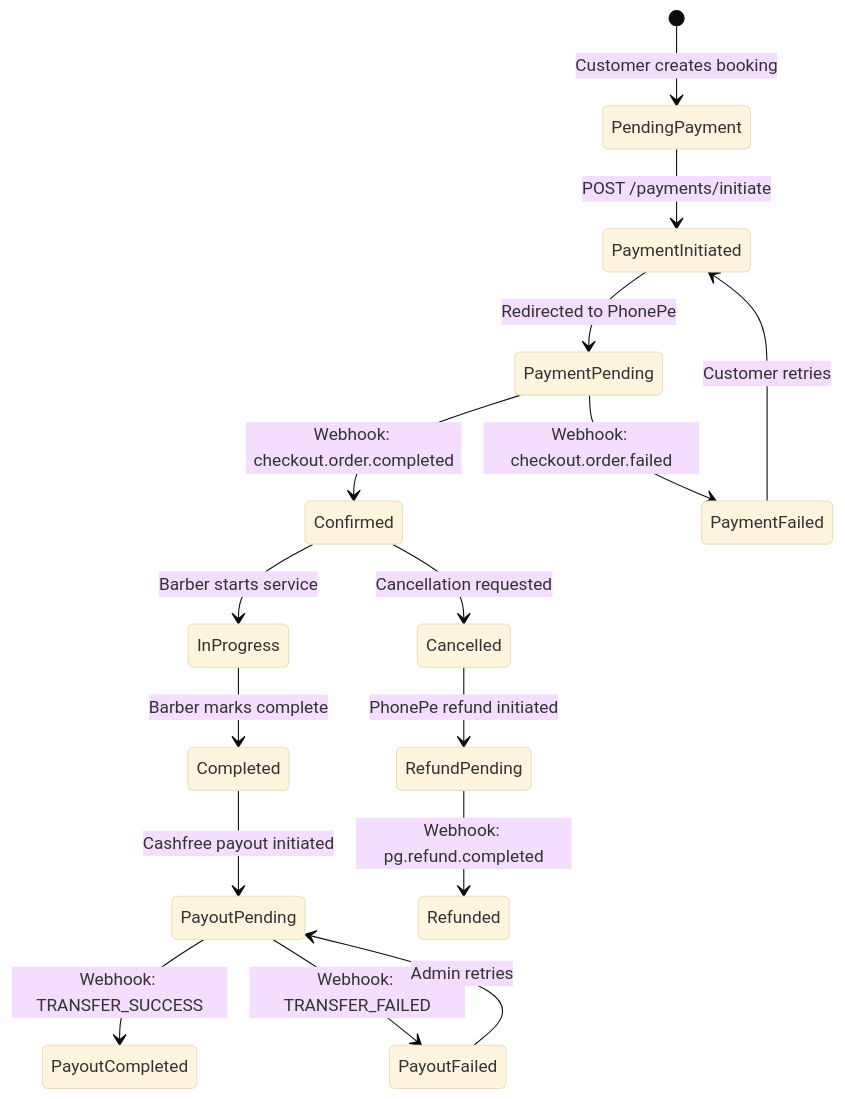
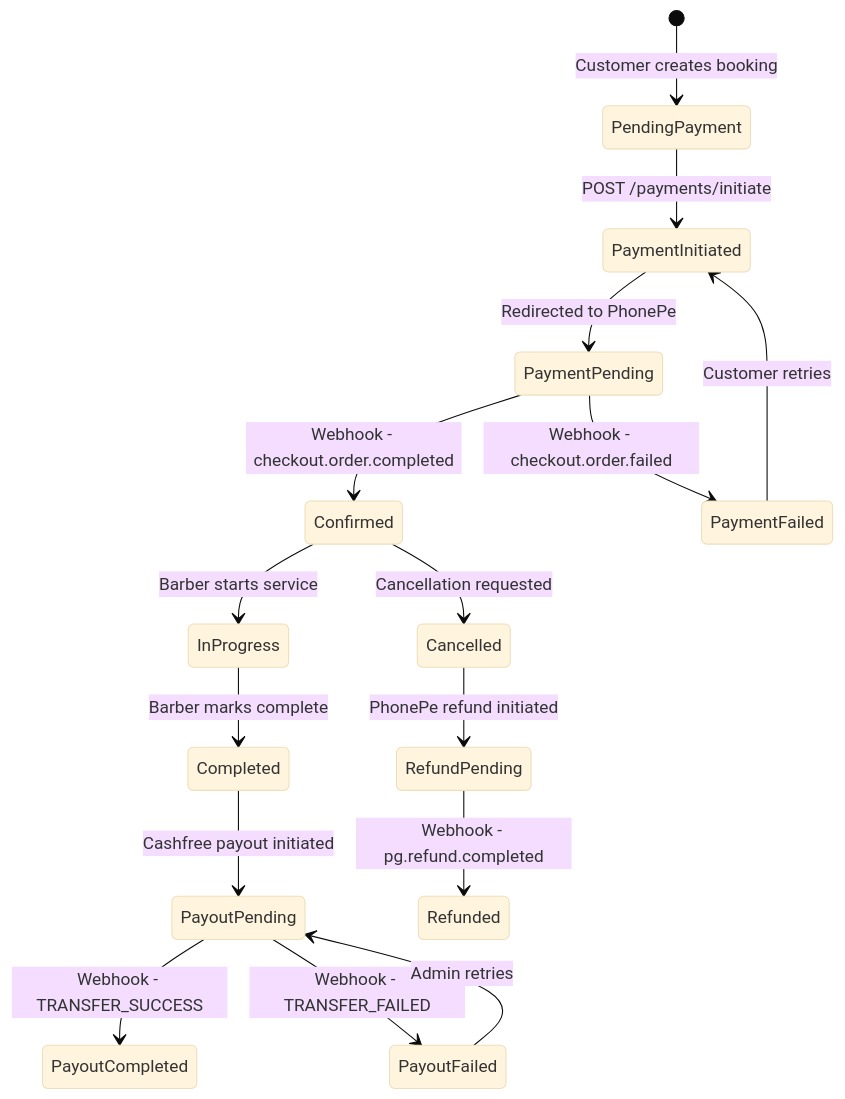
The fourth of 4 diagrams in server/docs/features/payments/PAYMENT-GATEWAY-IMPLEMENTATION-GUIDE.md (evercut-qn/EverCut), drawn with Mermaid (base theme) before and after one commit. The commit also changed other lines of this file and 1 other file, not shown here.

First line of the commit message:
docs(payments): refine payment gateway implementation guide with config corrections and clarifications

````diff
--- a/server/docs/features/payments/PAYMENT-GATEWAY-IMPLEMENTATION-GUIDE.md
+++ b/server/docs/features/payments/PAYMENT-GATEWAY-IMPLEMENTATION-GUIDE.md
@@ -3202,18 +3218,18 @@
 ```mermaid
 stateDiagram-v2
     [*] --> PendingPayment : Customer creates booking
     PendingPayment --> PaymentInitiated : POST /payments/initiate
     PaymentInitiated --> PaymentPending : Redirected to PhonePe
-    PaymentPending --> Confirmed : Webhook: checkout.order.completed
-    PaymentPending --> PaymentFailed : Webhook: checkout.order.failed
+    PaymentPending --> Confirmed : Webhook - checkout.order.completed
+    PaymentPending --> PaymentFailed : Webhook - checkout.order.failed
     PaymentFailed --> PaymentInitiated : Customer retries
     Confirmed --> InProgress : Barber starts service
     InProgress --> Completed : Barber marks complete
     Completed --> PayoutPending : Cashfree payout initiated
-    PayoutPending --> PayoutCompleted : Webhook: TRANSFER_SUCCESS
-    PayoutPending --> PayoutFailed : Webhook: TRANSFER_FAILED
+    PayoutPending --> PayoutCompleted : Webhook - TRANSFER_SUCCESS
+    PayoutPending --> PayoutFailed : Webhook - TRANSFER_FAILED
     PayoutFailed --> PayoutPending : Admin retries
     Confirmed --> Cancelled : Cancellation requested
     Cancelled --> RefundPending : PhonePe refund initiated
-    RefundPending --> Refunded : Webhook: pg.refund.completed
+    RefundPending --> Refunded : Webhook - pg.refund.completed
 ```
````
